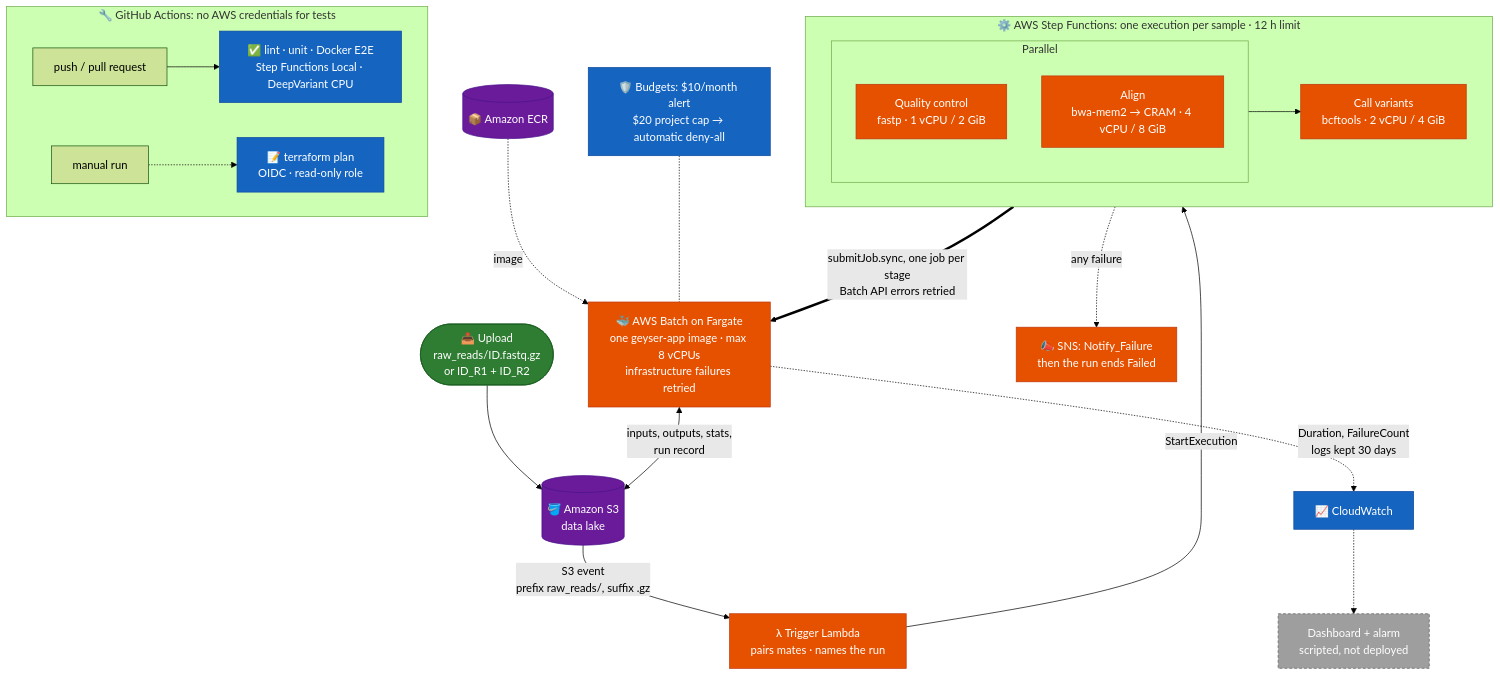
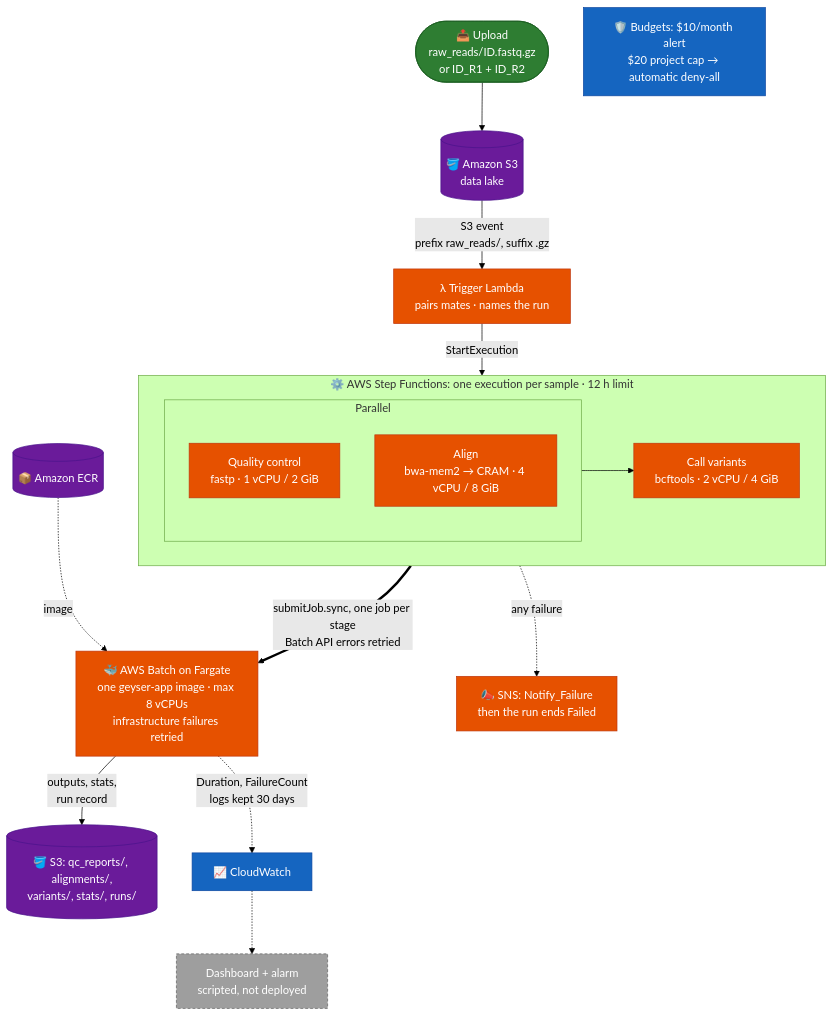
One commit to Harry5haw/Geyser-Genomics changed the second of 4 diagrams in README.md. Above: the diagram before and after it, drawn with Mermaid (forest theme).

Commit message:
README: simpler architecture diagram (CI is in the workflow diagram)
Rendered with mermaid-cli: the CI block and the S3 round trip tangled the
layout; the diagram now reads top to bottom from upload to outputs.

````diff
--- a/README.md
+++ b/README.md
@@ -236,41 +236,35 @@
 ```mermaid
 flowchart TB
     U(["📤 Upload<br/>raw_reads/ID.fastq.gz<br/>or ID_R1 + ID_R2"]) --> S3[("🪣 Amazon S3<br/>data lake")]
     S3 -->|"S3 event<br/>prefix raw_reads/, suffix .gz"| L["λ Trigger Lambda<br/>pairs mates · names the run"]
     L -->|"StartExecution"| SFN
 
     subgraph SFN ["⚙️ AWS Step Functions: one execution per sample · 12 h limit"]
         direction LR
         subgraph PAR ["Parallel"]
             direction TB
             SF1["Quality control<br/>fastp · 1 vCPU / 2 GiB"]
             SF2["Align<br/>bwa-mem2 → CRAM · 4 vCPU / 8 GiB"]
         end
         PAR --> SF3["Call variants<br/>bcftools · 2 vCPU / 4 GiB"]
     end
 
     SFN ==>|"submitJob.sync, one job per stage<br/>Batch API errors retried"| BATCH["🐳 AWS Batch on Fargate<br/>one geyser-app image · max 8 vCPUs<br/>infrastructure failures retried"]
+    SFN -.->|"any failure"| SNS["📣 SNS: Notify_Failure<br/>then the run ends Failed"]
     ECR[("📦 Amazon ECR")] -.->|"image"| BATCH
-    BATCH <-->|"inputs, outputs, stats,<br/>run record"| S3
-    SFN -.->|"any failure"| SNS["📣 SNS: Notify_Failure<br/>then the run ends Failed"]
+    BATCH -->|"outputs, stats,<br/>run record"| OUT[("🪣 S3: qc_reports/, alignments/,<br/>variants/, stats/, runs/")]
     BATCH -.->|"Duration, FailureCount<br/>logs kept 30 days"| CW["📈 CloudWatch"]
     CW -.-> DASH["Dashboard + alarm<br/>scripted, not deployed"]
-    BUD["🛡️ Budgets: $10/month alert<br/>$20 project cap → automatic deny-all"] -.- BATCH
-
-    subgraph GHA ["🔧 GitHub Actions: no AWS credentials for tests"]
-        direction LR
-        PUSH["push / pull request"] --> TESTS["✅ lint · unit · Docker E2E<br/>Step Functions Local · DeepVariant CPU"]
-        MAN["manual run"] -.-> PLAN["📝 terraform plan<br/>OIDC · read-only role"]
-    end
+    BUD["🛡️ Budgets: $10/month alert<br/>$20 project cap → automatic deny-all"]
 
     classDef user fill:#2E7D32,stroke:#1B5E20,color:#fff
     classDef store fill:#6A1B9A,stroke:#4A148C,color:#fff
     classDef aws fill:#E65100,stroke:#BF360C,color:#fff
     classDef obs fill:#1565C0,stroke:#0D47A1,color:#fff
     classDef pending fill:#9E9E9E,stroke:#616161,color:#fff,stroke-dasharray: 4 3
     class U user
-    class S3,ECR store
+    class S3,ECR,OUT store
     class L,SF1,SF2,SF3,BATCH,SNS aws
-    class CW,TESTS,PLAN,BUD obs
+    class CW,BUD obs
     class DASH pending
 ```
````
